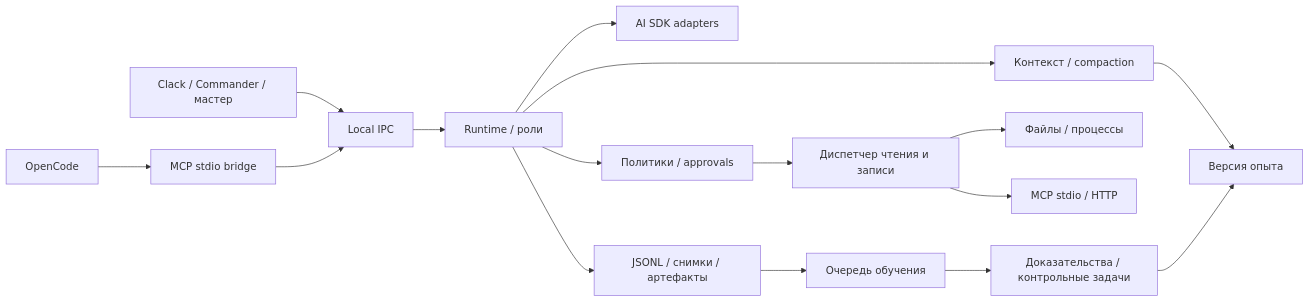
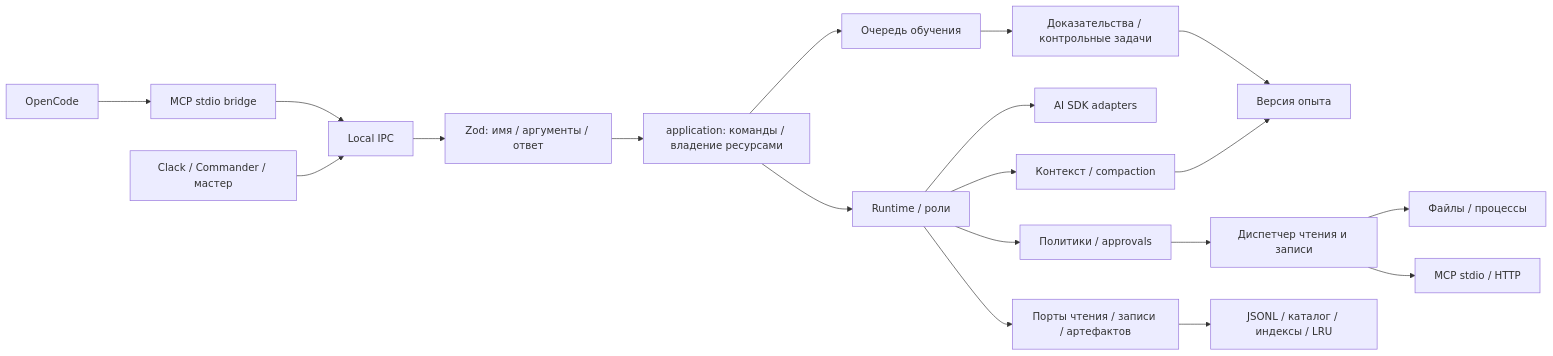
The diagram in docs/architecture.md (ghost-raven1/harness), drawn with Mermaid before and after one commit. The commit also changed other lines of this file and 160 other files, not shown here.

````diff
--- a/docs/architecture.md
+++ b/docs/architecture.md
@@ -3,18 +3,21 @@
 ```mermaid
 flowchart LR
   CLI[Clack / Commander / мастер] --> IPC[Local IPC]
   OC[OpenCode] --> MCP[MCP stdio bridge]
   MCP --> IPC
-  IPC --> Runtime[Runtime / роли]
+  IPC --> Contracts[Zod: имя / аргументы / ответ]
+  Contracts --> App[application: команды / владение ресурсами]
+  App --> Runtime[Runtime / роли]
   Runtime --> Context[Контекст / compaction]
   Context --> Experience[Версия опыта]
   Runtime --> SDK[AI SDK adapters]
   Runtime --> Policy[Политики / approvals]
   Policy --> Queue[Диспетчер чтения и записи]
   Queue --> Local[Файлы / процессы]
   Queue --> External[MCP stdio / HTTP]
-  Runtime --> Sessions[JSONL / снимки / артефакты]
-  Sessions --> Learning[Очередь обучения]
+  Runtime --> Ports[Порты чтения / записи / артефактов]
+  Ports --> Sessions[JSONL / каталог / индексы / LRU]
+  App --> Learning[Очередь обучения]
   Learning --> Checks[Доказательства / контрольные задачи]
   Checks --> Experience
 ```
````
